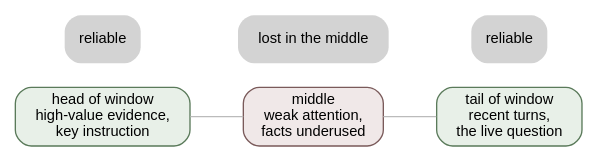
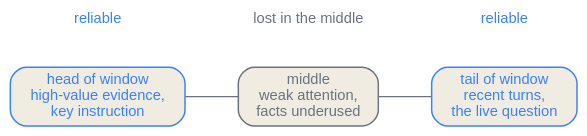
The first of 3 diagrams in en/p5-orchestration/26-context-engineering.qmd (latere-ai/ai-as-an-infrastructure), drawn with Graphviz before and after one commit. The commit also changed other lines of this file and 186 other files, not shown here.

First line of the commit message:
book: visual audit pass on all diagrams and figures

````diff
--- a/en/p5-orchestration/26-context-engineering.qmd
+++ b/en/p5-orchestration/26-context-engineering.qmd
@@ -52,25 +52,26 @@
 ```{dot}
 //| label: fig-ce-position
 //| fig-cap: "A schematic placement map of the context window. Attention is reliable near the two boundaries and weakest through the middle, after the lost-in-the-middle effect of Liu et al. (2024). The shape is illustrative, not measured."
 digraph position {
   rankdir=LR;
-  node [shape=box, style="rounded,filled", fontsize=11, fontname="Helvetica"];
-  edge [arrowhead=none, color="#bbbbbb"];
+  bgcolor="transparent";
+  node [shape=box, style="rounded,filled", fontsize=11, fontname="Helvetica", fillcolor="#f1ece1", color="#6b7280", fontcolor="#6b7280", penwidth=1.1];
+  edge [arrowhead=none, color="#6b7280", fontcolor="#6b7280"];
 
-  head [label="head of window\nhigh-value evidence,\nkey instruction", fillcolor="#e8f0e8", color="#5a7a5a"];
-  mid  [label="middle\nweak attention,\nfacts underused", fillcolor="#f0e8e8", color="#7a5a5a"];
-  tail [label="tail of window\nrecent turns,\nthe live question", fillcolor="#e8f0e8", color="#5a7a5a"];
+  head [label="head of window\nhigh-value evidence,\nkey instruction", color="#3b82f6", fontcolor="#3b82f6"];
+  mid  [label="middle\nweak attention,\nfacts underused"];
+  tail [label="tail of window\nrecent turns,\nthe live question", color="#3b82f6", fontcolor="#3b82f6"];
 
   head -> mid -> tail;
 
-  reliable_l [shape=plaintext, label="reliable"];
-  weak [shape=plaintext, label="lost in the middle"];
-  reliable_r [shape=plaintext, label="reliable"];
+  reliable_l [shape=plaintext, style="", label="reliable", fontcolor="#3b82f6"];
+  weak [shape=plaintext, style="", label="lost in the middle"];
+  reliable_r [shape=plaintext, style="", label="reliable", fontcolor="#3b82f6"];
   reliable_l -> head [style=invis];
   weak -> mid [style=invis];
   reliable_r -> tail [style=invis];
   { rank=same; reliable_l; head; }
   { rank=same; weak; mid; }
   { rank=same; reliable_r; tail; }
 }
 ```
````
